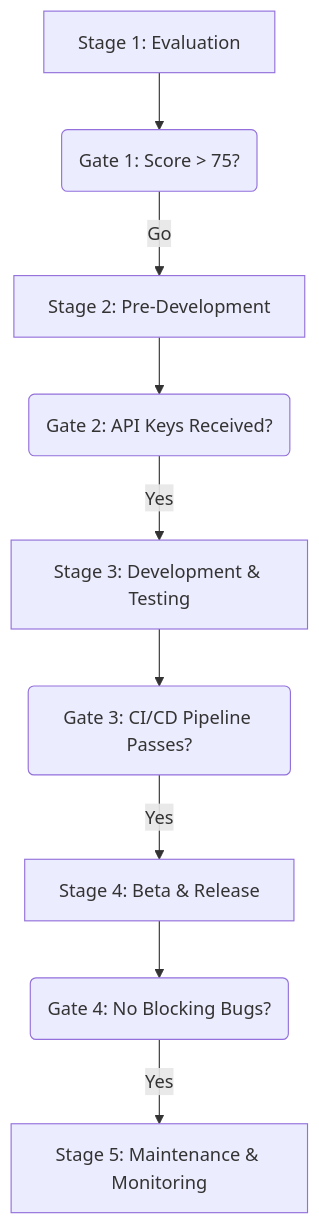
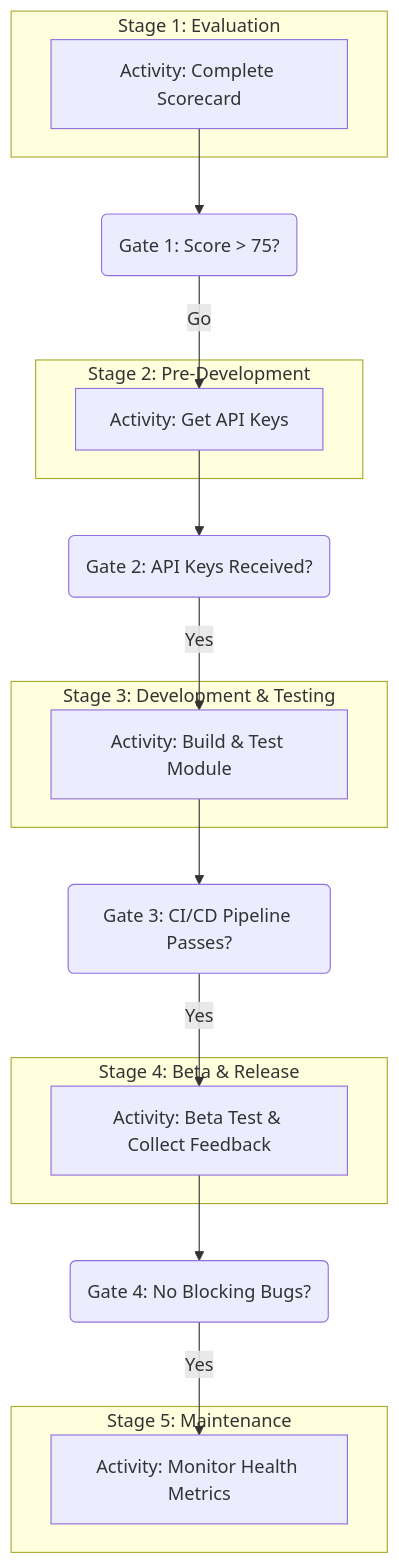
Before and after one commit to dino10bit/healthsync: the first of 2 diagrams in docs/prd/33-third-party-integration.md, drawn with Mermaid. The commit also changed other lines of this file and 4 other files, not shown here.

````diff
--- a/docs/prd/33-third-party-integration.md
+++ b/docs/prd/33-third-party-integration.md
@@ -91,11 +101,27 @@
 ```mermaid
 graph TD
-    A[Stage 1: Evaluation] --> B(Gate 1: Score > 75?);
-    B -- Go --> C[Stage 2: Pre-Development];
+    subgraph "Stage 1: Evaluation"
+        A[Activity: Complete Scorecard]
+    end
+    subgraph "Stage 2: Pre-Development"
+        C[Activity: Get API Keys]
+    end
+    subgraph "Stage 3: Development & Testing"
+        E[Activity: Build & Test Module]
+    end
+    subgraph "Stage 4: Beta & Release"
+        G[Activity: Beta Test & Collect Feedback]
+    end
+    subgraph "Stage 5: Maintenance"
+        I[Activity: Monitor Health Metrics]
+    end
+
+    A --> B(Gate 1: Score > 75?);
+    B -- Go --> C;
     C --> D(Gate 2: API Keys Received?);
-    D -- Yes --> E[Stage 3: Development & Testing];
+    D -- Yes --> E;
     E --> F(Gate 3: CI/CD Pipeline Passes?);
-    F -- Yes --> G[Stage 4: Beta & Release];
+    F -- Yes --> G;
     G --> H(Gate 4: No Blocking Bugs?);
-    H -- Yes --> I[Stage 5: Maintenance & Monitoring];
+    H -- Yes --> I;
 ```
````
